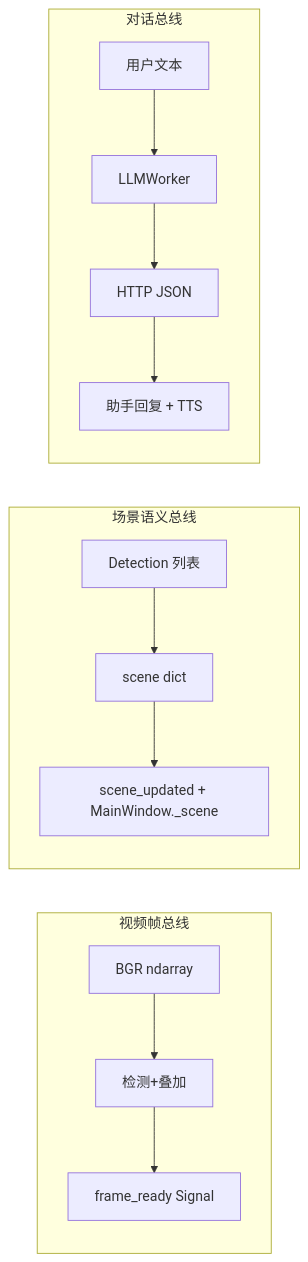
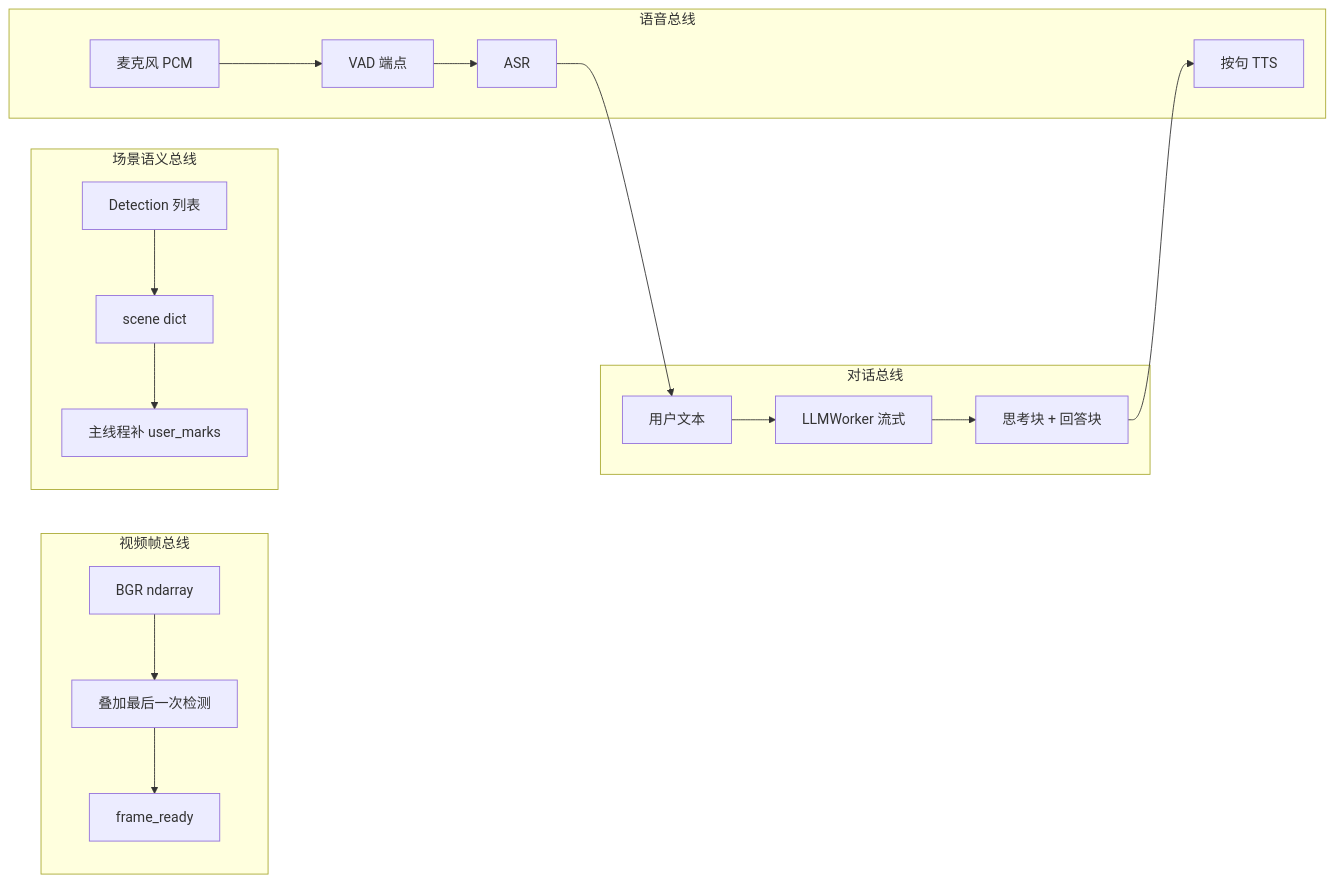
The second of 10 diagrams in docs/ARCHITECTURE.md (zackdlut/ai_ardunio), drawn with Mermaid before and after one commit. The commit also changed other lines of this file and 10 other files, not shown here.

````diff
--- a/docs/ARCHITECTURE.md
+++ b/docs/ARCHITECTURE.md
@@ -120,14 +142,19 @@
 ```mermaid
 flowchart LR
     subgraph Bus1["视频帧总线"]
-        F1[BGR ndarray] --> F2[检测+叠加] --> F3[frame_ready Signal]
+        F1[BGR ndarray] --> F2[叠加最后一次检测] --> F3[frame_ready]
     end
 
     subgraph Bus2["场景语义总线"]
-        S1[Detection 列表] --> S2[scene dict] --> S3[scene_updated + MainWindow._scene]
+        S1[Detection 列表] --> S2[scene dict] --> S3[主线程补 user_marks]
     end
 
     subgraph Bus3["对话总线"]
-        U1[用户文本] --> U2[LLMWorker] --> U3[HTTP JSON] --> U4[助手回复 + TTS]
+        U1[用户文本] --> U2[LLMWorker 流式] --> U3[思考块 + 回答块]
+    end
+
+    subgraph Bus4["语音总线"]
+        V1[麦克风 PCM] --> V2[VAD 端点] --> V3[ASR] --> U1
+        U3 --> V4[按句 TTS]
     end
 ```
````
